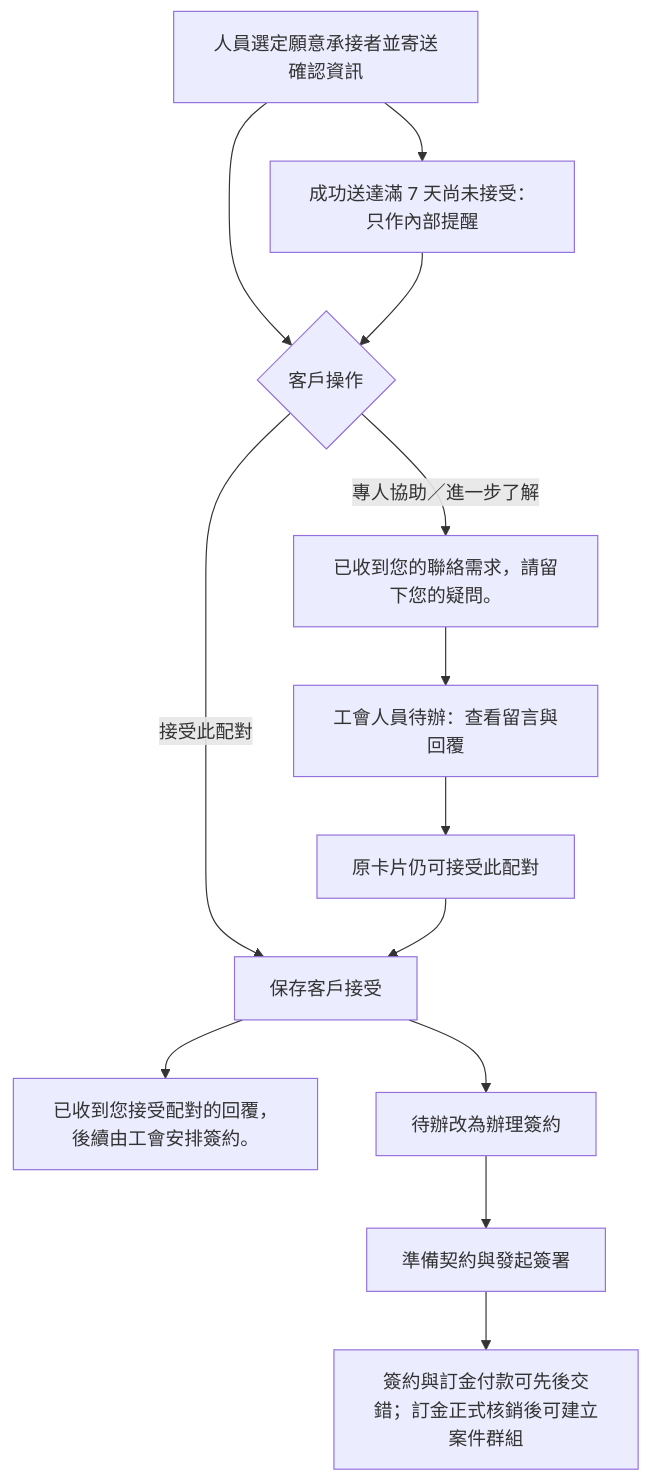
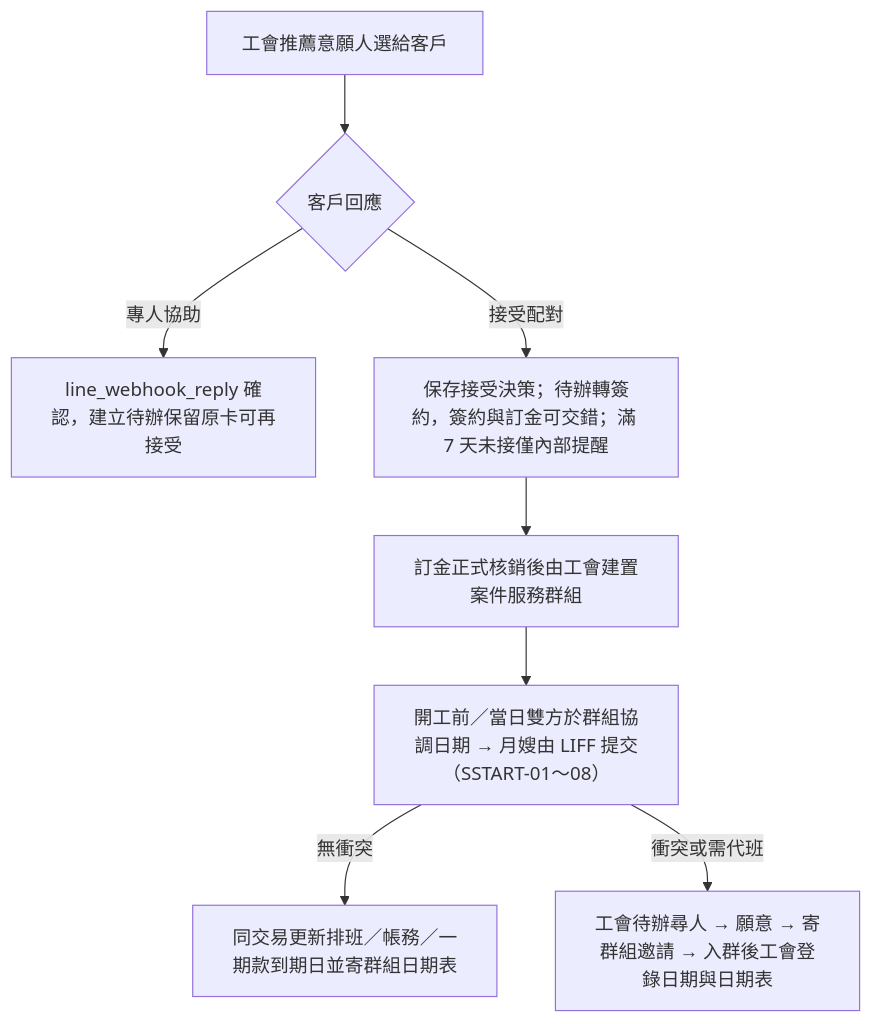
The third of 3 diagrams in document/架構重整/01_規格基線/26_LINE四大模組Eraser流程圖轉錄與驗收基線.md (chrishzc/Labor_union), drawn with Mermaid before and after one commit. The commit also changed other lines of this file and 50 other files, not shown here.

````diff
--- a/document/架構重整/01_規格基線/26_LINE四大模組Eraser流程圖轉錄與驗收基線.md
+++ b/document/架構重整/01_規格基線/26_LINE四大模組Eraser流程圖轉錄與驗收基線.md
@@ -231,15 +115,10 @@
 ```mermaid
 flowchart TD
-  A[人員選定願意承接者並寄送確認資訊] --> B{客戶操作}
-  B -->|專人協助／進一步了解| C[已收到您的聯絡需求，請留下您的疑問。]
-  C --> D[工會人員待辦：查看留言與回覆]
-  D --> E[原卡片仍可接受此配對]
-  B -->|接受此配對| F[保存客戶接受]
-  E --> F
-  F --> G[已收到您接受配對的回覆，後續由工會安排簽約。]
-  F --> H[待辦改為辦理簽約]
-  H --> I[準備契約與發起簽署]
-  I --> J[簽約與訂金付款可先後交錯；訂金正式核銷後可建立案件群組]
-  A --> K[成功送達滿 7 天尚未接受：只作內部提醒]
-  K --> B
+  A["工會推薦意願人選給客戶"] --> B{"客戶回應"}
+  B -->|專人協助| C["line_webhook_reply 確認，建立待辦保留原卡可再接受"]
+  B -->|接受配對| D["保存接受決策；待辦轉簽約，簽約與訂金可交錯；滿 7 天未接僅內部提醒"]
+  D --> E["訂金正式核銷後由工會建置案件服務群組"]
+  E --> F["開工前／當日雙方於群組協調日期 → 月嫂由 LIFF 提交（SSTART-01～08）"]
+  F -->|無衝突| G["同交易更新排班／帳務／一期款到期日並寄群組日期表"]
+  F -->|衝突或需代班| H["工會待辦尋人 → 願意 → 寄群組邀請 → 入群後工會登錄日期與日期表"]
 ```
````
